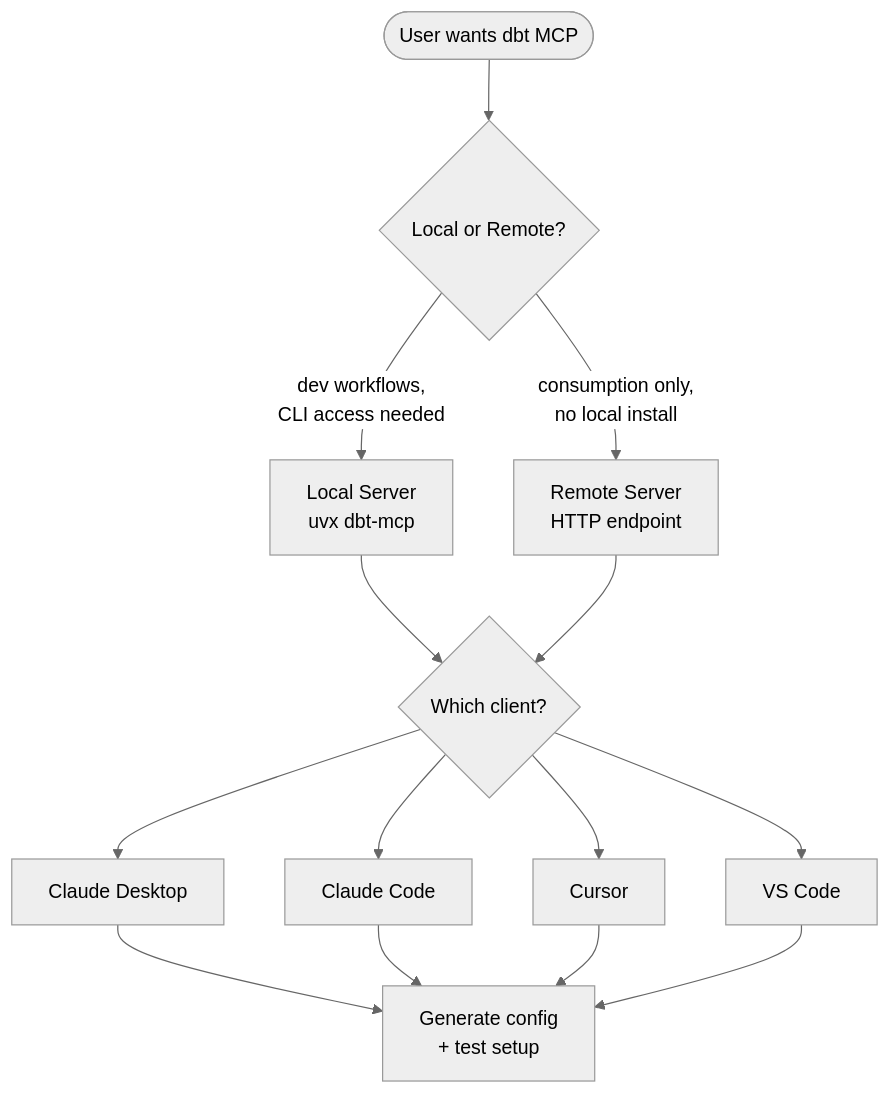
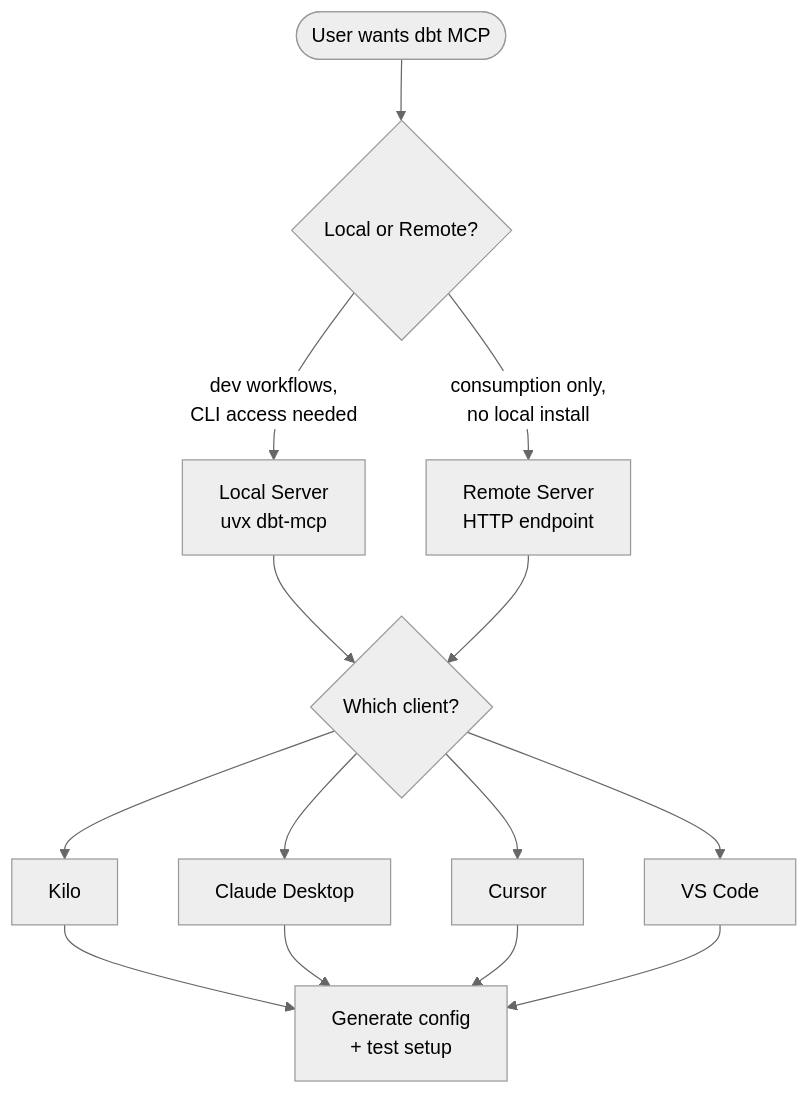
The diagram in skills/dbt/skills/configuring-dbt-mcp-server/SKILL.md (SergiuPogor/kilo-marketplace), drawn with Mermaid (neutral theme) before and after one commit. The commit also changed other lines of this file and 2 other files, not shown here.

First line of the commit message:
Replace Claude Code references with Kilo in dbt configuring-dbt-mcp-server skill

````diff
--- a/skills/dbt/skills/configuring-dbt-mcp-server/SKILL.md
+++ b/skills/dbt/skills/configuring-dbt-mcp-server/SKILL.md
@@ -17,16 +17,16 @@
 ```mermaid
 flowchart TB
     start([User wants dbt MCP]) --> q1{Local or Remote?}
     q1 -->|dev workflows,<br>CLI access needed| local[Local Server<br>uvx dbt-mcp]
     q1 -->|consumption only,<br>no local install| remote[Remote Server<br>HTTP endpoint]
     local --> q2{Which client?}
     remote --> q2
+    q2 --> kilo[Kilo]
     q2 --> claude_desktop[Claude Desktop]
-    q2 --> claude_code[Claude Code]
     q2 --> cursor[Cursor]
     q2 --> vscode[VS Code]
-    claude_desktop --> config[Generate config<br>+ test setup]
-    claude_code --> config
+    kilo --> config[Generate config<br>+ test setup]
+    claude_desktop --> config
     cursor --> config
     vscode --> config
 ```
````
